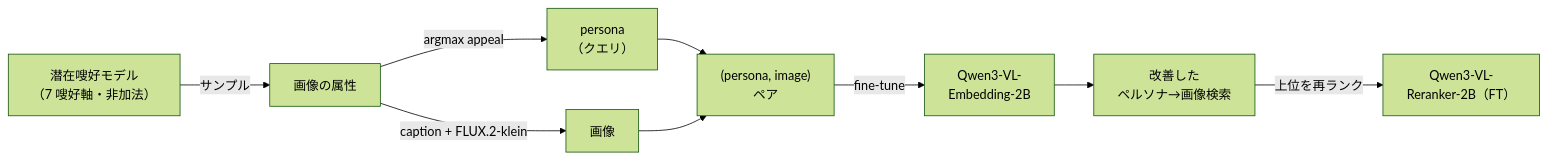
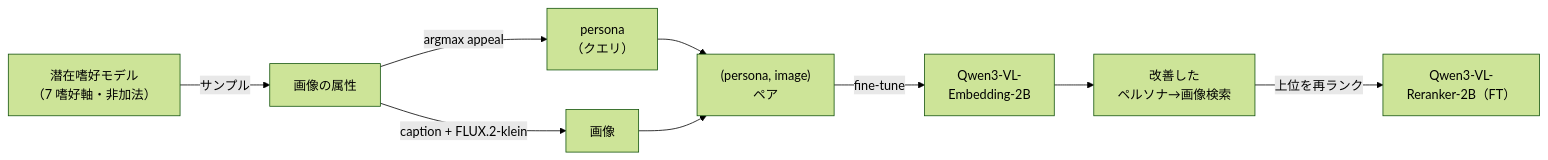
The diagram in README.ja.md (u-masao/qwen3-vl-demo), drawn with Mermaid (forest theme) before and after one commit. The commit also changed other lines of this file and 8 other files, not shown here.

````diff
--- a/README.ja.md
+++ b/README.ja.md
@@ -13,11 +13,11 @@
 ```mermaid
 flowchart LR
-    PM["潜在嗖好モデル<br/>（7 嗖好軸・非加法）"] -->|サンプル| A["画像の属性"]
+    PM["潜在嗜好モデル<br/>（7 嗜好軸・非加法）"] -->|サンプル| A["画像の属性"]
     A -->|caption + FLUX.2-klein| I["画像"]
     A -->|argmax appeal| Q["persona<br/>（クエリ）"]
     Q --> P["(persona, image)<br/>ペア"]
     I --> P
     P -->|fine-tune| E["Qwen3-VL-<br/>Embedding-2B"]
     E --> R["改善した<br/>ペルソナ→画像検索"]
     R -->|上位を再ランク| RR["Qwen3-VL-<br/>Reranker-2B（FT）"]
 ```
````
